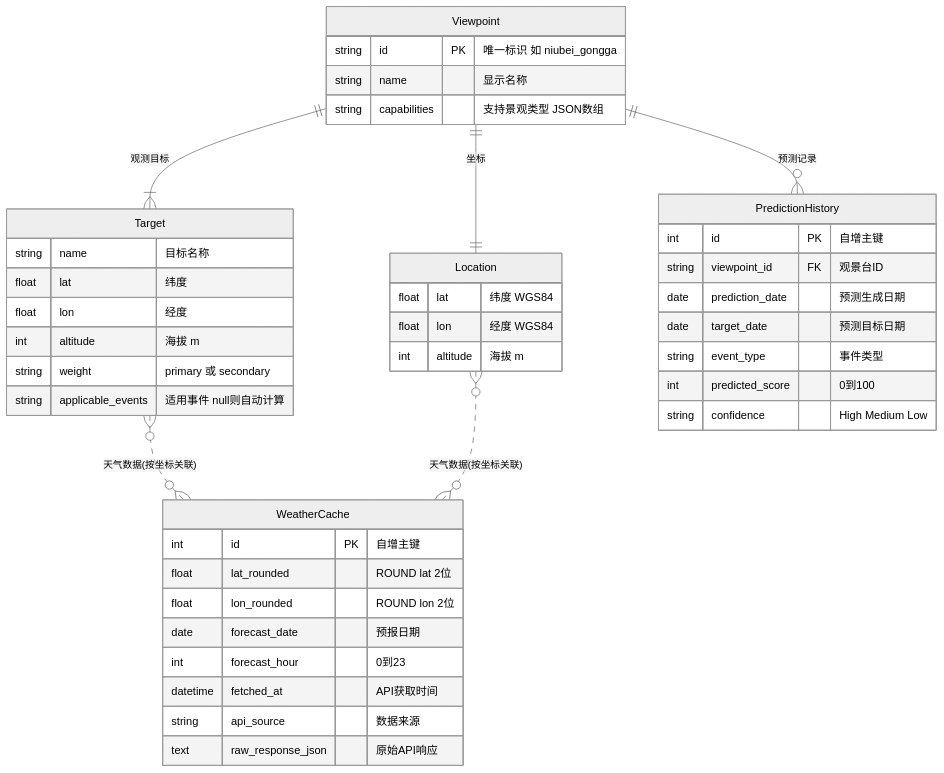
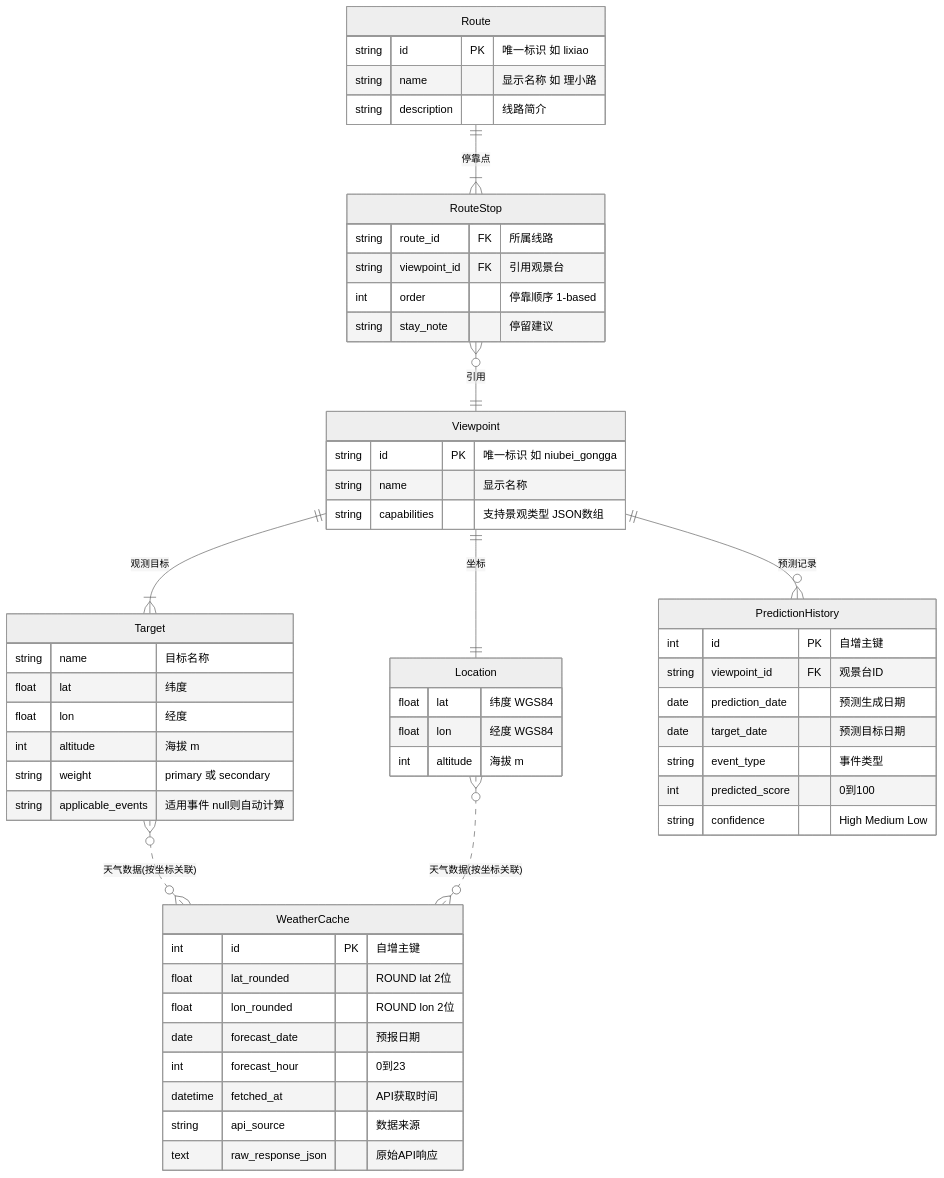
Before and after one commit to mpb159753/golden-moment-predictor: the diagram in design/02-data-model.md, drawn with Mermaid (neutral theme). The commit also changed other lines of this file and 9 other files, not shown here.

````diff
--- a/design/02-data-model.md
+++ b/design/02-data-model.md
@@ -5,46 +5,59 @@
 ```mermaid
 erDiagram
     Viewpoint ||--|| Location : "坐标"
     Viewpoint ||--|{ Target : "观测目标"
     Viewpoint ||--o{ PredictionHistory : "预测记录"
+    Route ||--|{ RouteStop : "停靠点"
+    RouteStop }o--|| Viewpoint : "引用"
     Target }o..o{ WeatherCache : "天气数据(按坐标关联)"
     Location }o..o{ WeatherCache : "天气数据(按坐标关联)"
 
+    Route {
+        string id PK "唯一标识 如 lixiao"
+        string name "显示名称 如 理小路"
+        string description "线路简介"
+    }
+    RouteStop {
+        string route_id FK "所属线路"
+        string viewpoint_id FK "引用观景台"
+        int order "停靠顺序 1-based"
+        string stay_note "停留建议"
+    }
     Viewpoint {
         string id PK "唯一标识 如 niubei_gongga"
         string name "显示名称"
         string capabilities "支持景观类型 JSON数组"
     }
     Location {
         float lat "纬度 WGS84"
         float lon "经度 WGS84"
         int altitude "海拔 m"
     }
     Target {
         string name "目标名称"
         float lat "纬度"
         float lon "经度"
         int altitude "海拔 m"
         string weight "primary 或 secondary"
         string applicable_events "适用事件 null则自动计算"
     }
     WeatherCache {
         int id PK "自增主键"
         float lat_rounded "ROUND lat 2位"
         float lon_rounded "ROUND lon 2位"
         date forecast_date "预报日期"
         int forecast_hour "0到23"
         datetime fetched_at "API获取时间"
         string api_source "数据来源"
         text raw_response_json "原始API响应"
     }
     PredictionHistory {
         int id PK "自增主键"
         string viewpoint_id FK "观景台ID"
         date prediction_date "预测生成日期"
         date target_date "预测目标日期"
         string event_type "事件类型"
         int predicted_score "0到100"
         string confidence "High Medium Low"
     }
 ```
````
